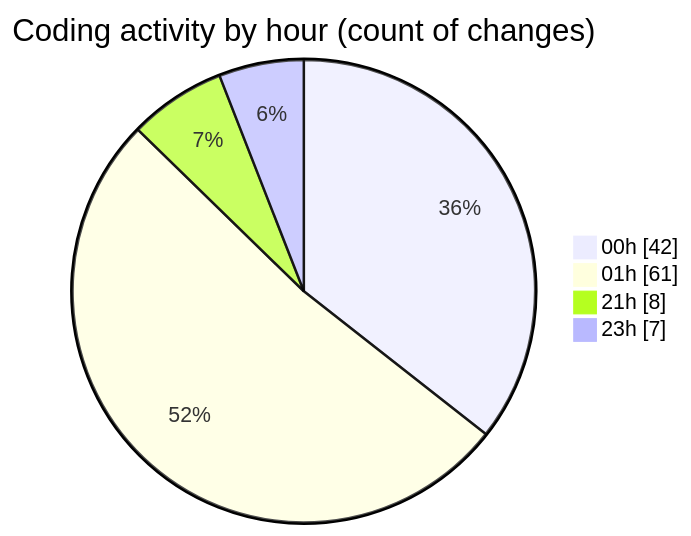
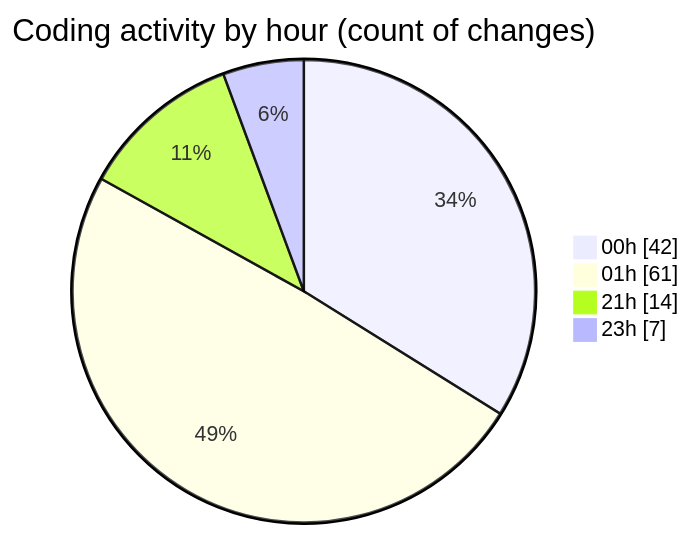
The second of 2 diagrams in 2025-08-12/rentotp/README.md (lephambinh05/code-tracking), drawn with Mermaid before and after one commit. The commit also changed other lines of this file and 1 other file, not shown here.

````diff
--- a/2025-08-12/rentotp/README.md
+++ b/2025-08-12/rentotp/README.md
@@ -50,8 +52,8 @@
 ```mermaid
 pie showData
 title Coding activity by hour (count of changes)
 "00h" : 42
 "01h" : 61
-"21h" : 8
+"21h" : 14
 "23h" : 7
 ```
````
